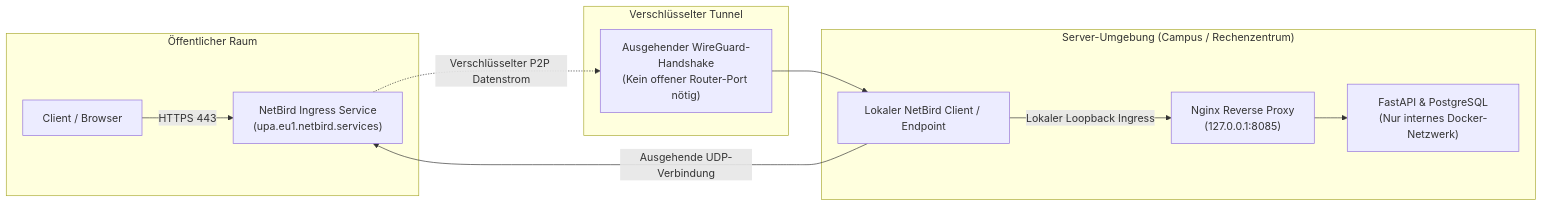
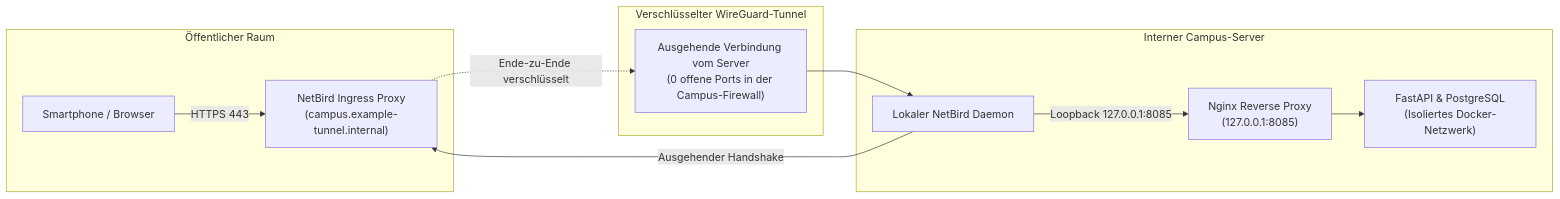
Before and after one commit to Pascal-Thommen/pascal-thommen.github.io: the third of 3 diagrams in content/posts/upa-campus-app-architecture-part-3/index.de.md, drawn with Mermaid. The commit also changed other lines of this file and 20 other files, not shown here.

Commit message:
feat(posts): refine UPA Campus App architecture series with holistic webapp mental model and specification depth

````diff
--- a/content/posts/upa-campus-app-architecture-part-3/index.de.md
+++ b/content/posts/upa-campus-app-architecture-part-3/index.de.md
@@ -88,22 +111,22 @@
 ```mermaid
 flowchart LR
     subgraph PublicNet["Öffentlicher Raum"]
-        Client["Client / Browser"]
-        NetBirdCloud["NetBird Ingress Service\n(upa.eu1.netbird.services)"]
+        Client["Smartphone / Browser"]
+        NetBirdIngress["NetBird Ingress Proxy\n(campus.example-tunnel.internal)"]
     end
-    subgraph TunnelMechanism["Verschlüsselter Tunnel"]
-        Outbound["Ausgehender WireGuard-Handshake\n(Kein offener Router-Port nötig)"]
+    subgraph TunnelMechanism["Verschlüsselter WireGuard-Tunnel"]
+        Outbound["Ausgehende Verbindung vom Server\n(0 offene Ports in der Campus-Firewall)"]
     end
-    subgraph PrivateServer["Server-Umgebung (Campus / Rechenzentrum)"]
-        NetBirdDaemon["Lokaler NetBird Client / Endpoint"]
+    subgraph PrivateServer["Interner Campus-Server"]
+        NetBirdDaemon["Lokaler NetBird Daemon"]
         Nginx["Nginx Reverse Proxy\n(127.0.0.1:8085)"]
-        AppServices["FastAPI & PostgreSQL\n(Nur internes Docker-Netzwerk)"]
+        AppServices["FastAPI & PostgreSQL\n(Isoliertes Docker-Netzwerk)"]
     end
 
-    Client -->|HTTPS 443| NetBirdCloud
-    NetBirdDaemon -->|Ausgehende UDP-Verbindung| NetBirdCloud
-    NetBirdCloud -.->|Verschlüsselter P2P Datenstrom| Outbound
+    Client -->|HTTPS 443| NetBirdIngress
+    NetBirdDaemon -->|Ausgehender Handshake| NetBirdIngress
+    NetBirdIngress -.->|Ende-zu-Ende verschlüsselt| Outbound
     Outbound --> NetBirdDaemon
-    NetBirdDaemon -->|Lokaler Loopback Ingress| Nginx
+    NetBirdDaemon -->|Loopback 127.0.0.1:8085| Nginx
     Nginx --> AppServices
 ```
````
